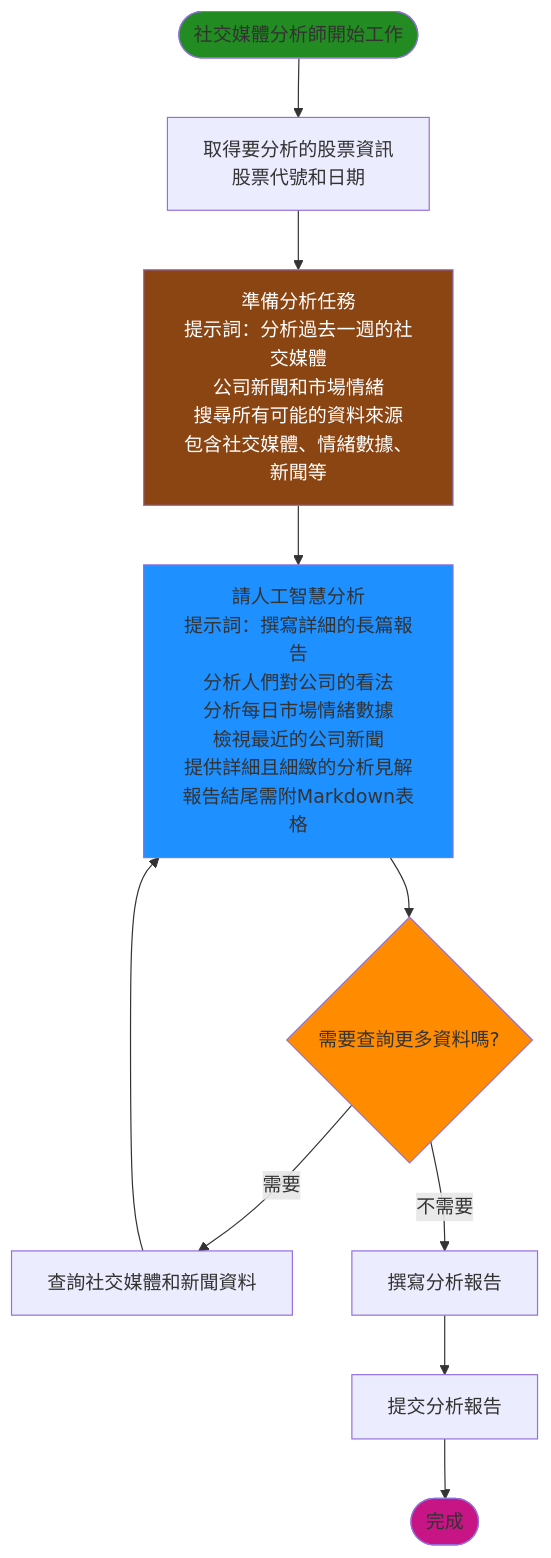
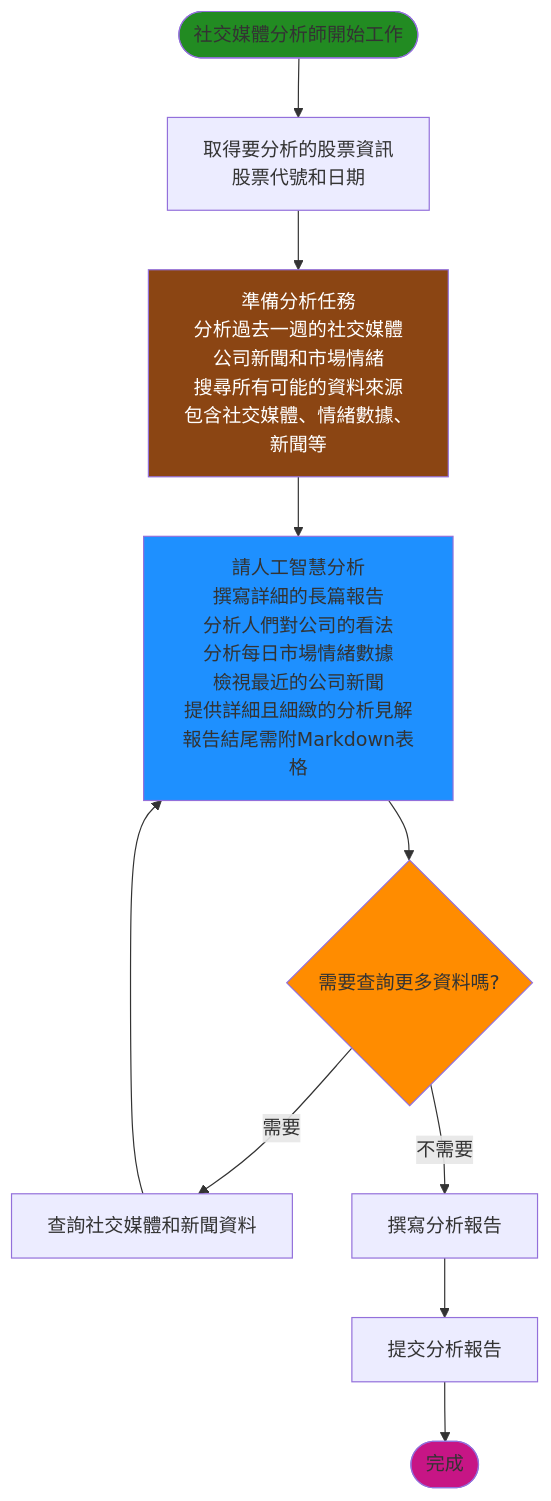
Before and after one commit to chitienshih-wq/Git_Test: the fifth of 9 diagrams in 流程圖_簡化.md, drawn with Mermaid. The commit also changed other lines of this file, not shown here.

````diff
--- a/流程圖_簡化.md
+++ b/流程圖_簡化.md
@@ -131,24 +131,24 @@
 ```mermaid
 flowchart TD
     Start([社交媒體分析師開始工作]) --> GetInfo[取得要分析的股票資訊<br/>股票代號和日期]
     
-    GetInfo --> PrepareTask[準備分析任務<br/>提示詞：分析過去一週的社交媒體<br/>公司新聞和市場情緒<br/>搜尋所有可能的資料來源<br/>包含社交媒體、情緒數據、新聞等]
+    GetInfo --> PrepareTask[準備分析任務<br/>分析過去一週的社交媒體<br/>公司新聞和市場情緒<br/>搜尋所有可能的資料來源<br/>包含社交媒體、情緒數據、<br/>新聞等]
     
-    PrepareTask --> AskAI[請人工智慧分析<br/>提示詞：撰寫詳細的長篇報告<br/>分析人們對公司的看法<br/>分析每日市場情緒數據<br/>檢視最近的公司新聞<br/>提供詳細且細緻的分析見解<br/>報告結尾需附Markdown表格]
+    PrepareTask --> AskAI[請人工智慧分析<br/>撰寫詳細的長篇報告<br/>分析人們對公司的看法<br/>分析每日市場情緒數據<br/>檢視最近的公司新聞<br/>提供詳細且細緻的分析見解<br/>報告結尾需附Markdown表格]
     
     AskAI --> CheckNeedData{需要查詢更多資料嗎?}
     
     CheckNeedData -->|需要| QueryData[查詢社交媒體和新聞資料]
     CheckNeedData -->|不需要| WriteReport[撰寫分析報告]
     
     QueryData --> AskAI
     
     WriteReport --> Return[提交分析報告]
     Return --> End([完成])
     
     style Start fill:#228B22
     style End fill:#C71585
     style CheckNeedData fill:#FF8C00
     style AskAI fill:#1E90FF
     style PrepareTask fill:#8B4513,color:#FFFFFF
 ```
````
